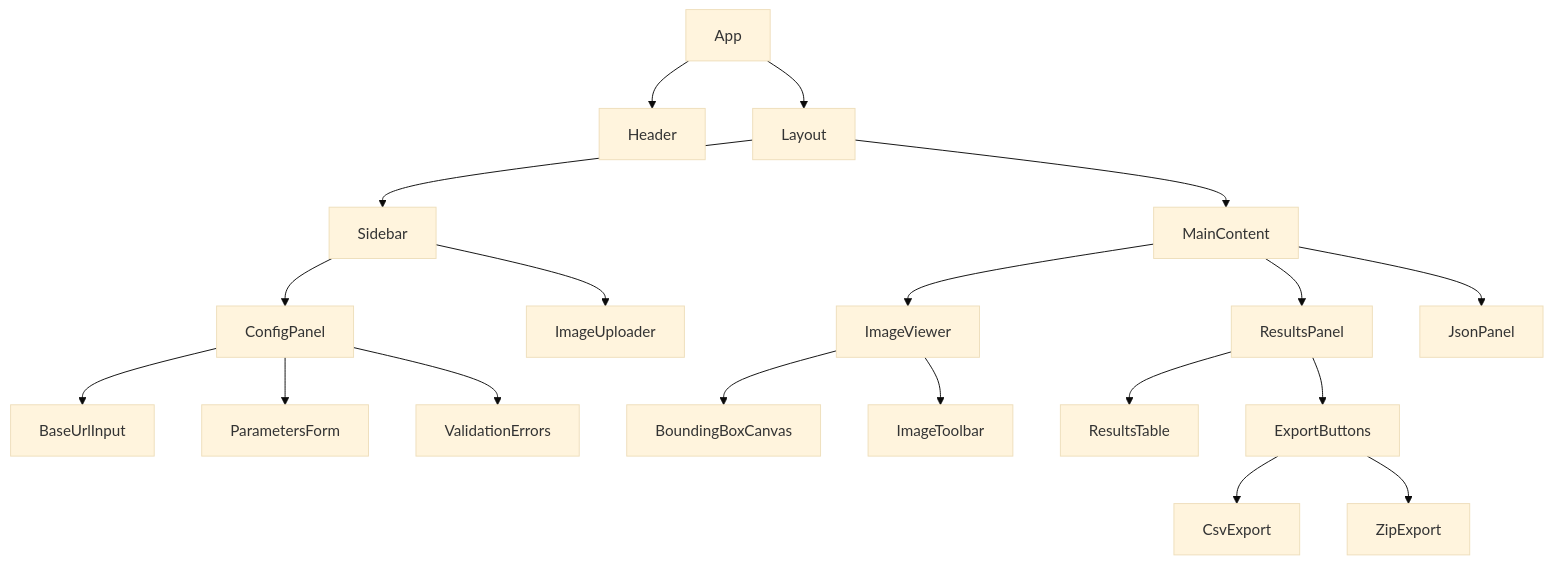
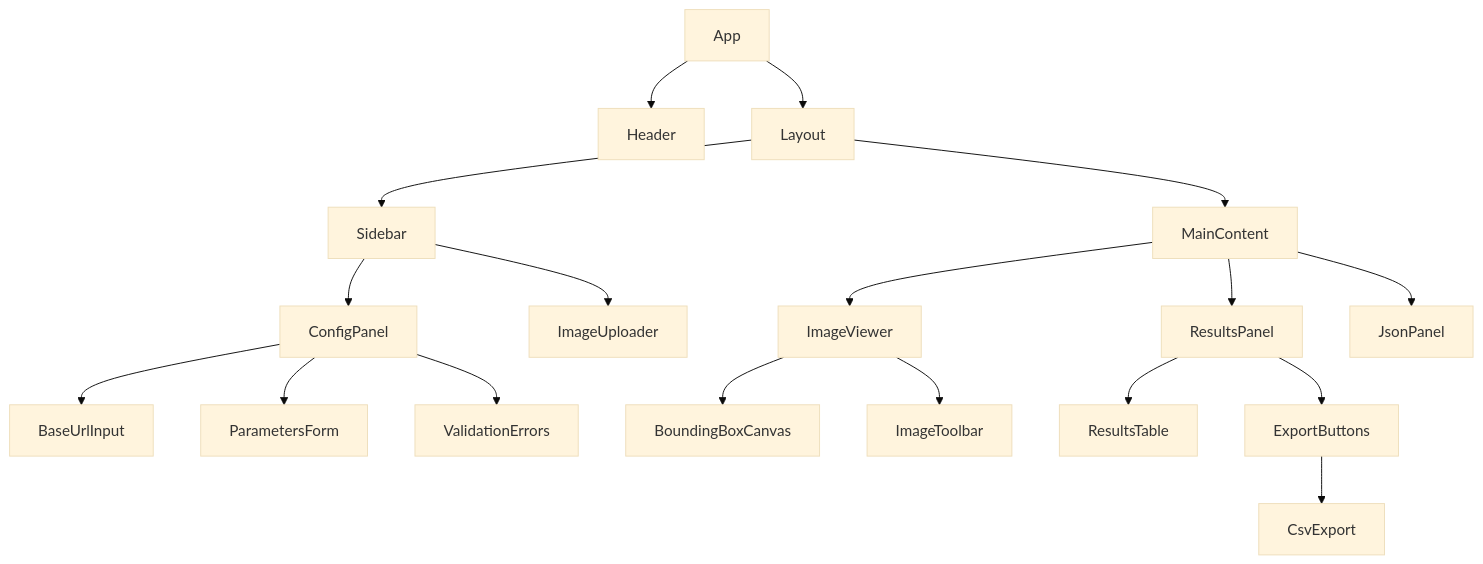
Before and after one commit to 71walceli/platerec-tools-electron: the fourth of 4 diagrams in plans/plan.md, drawn with Mermaid (base theme). The commit also changed other lines of this file and 8 other files, not shown here.

````diff
--- a/plans/plan.md
+++ b/plans/plan.md
@@ -664,27 +670,26 @@
 ```mermaid
 graph TD
     App --> Header
     App --> Layout
     Layout --> Sidebar
     Layout --> MainContent
     
     Sidebar --> ConfigPanel
     Sidebar --> ImageUploader
     
     MainContent --> ImageViewer
     MainContent --> ResultsPanel
     MainContent --> JsonPanel
     
     ConfigPanel --> BaseUrlInput
     ConfigPanel --> ParametersForm
     ConfigPanel --> ValidationErrors
     
     ImageViewer --> BoundingBoxCanvas
     ImageViewer --> ImageToolbar
     
     ResultsPanel --> ResultsTable
     ResultsPanel --> ExportButtons
     
     ExportButtons --> CsvExport
-    ExportButtons --> ZipExport
 ```
````
